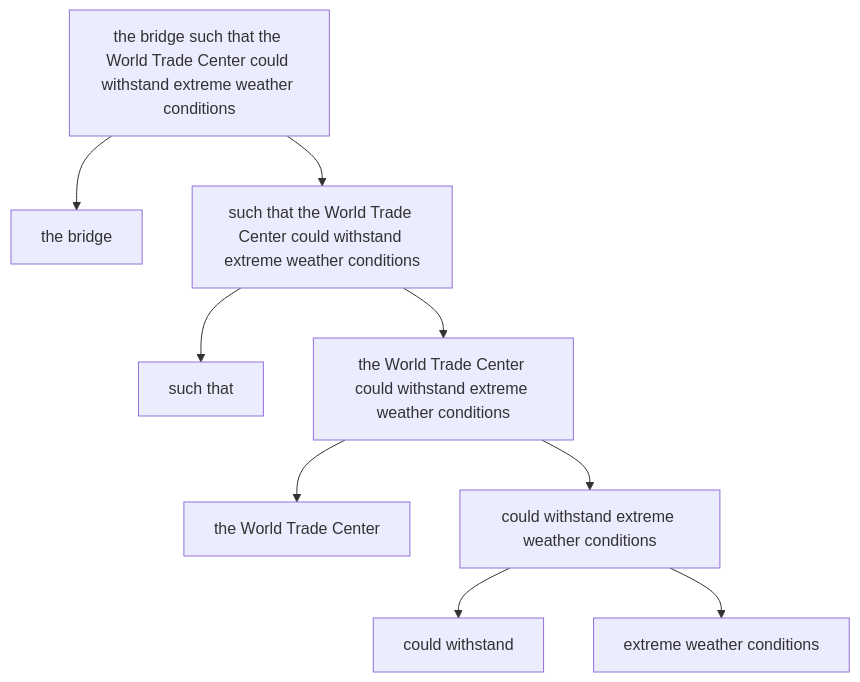
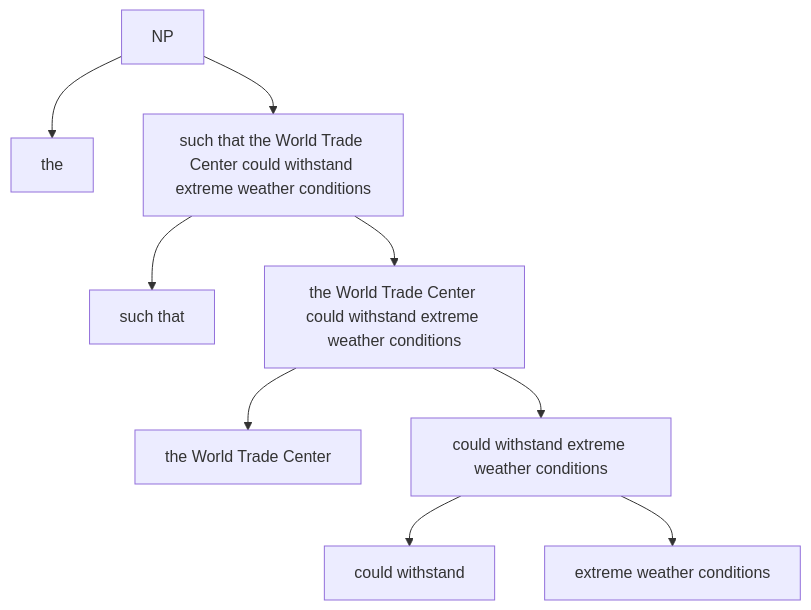
One commit to haozeli-ling/Semantic-Analysis changed the first of 2 diagrams in 11. Binding and abstraction.md. Above: the diagram before and after it, drawn with Mermaid.

Commit message:
Update 11. Binding and abstraction.md

````diff
--- a/11. Binding and abstraction.md
+++ b/11. Binding and abstraction.md
@@ -25,12 +25,12 @@
 ```mermaid
 graph TD
-    A[the bridge such that the World Trade Center could withstand extreme weather conditions]
-    A --> B[the bridge]
+    A[NP]
+    A --> B[the]
     A --> C[such that the World Trade Center could withstand extreme weather conditions]
     C --> D[such that]
     C --> E[the World Trade Center could withstand extreme weather conditions]
     E --> F[the World Trade Center]
     E --> G[could withstand extreme weather conditions]
     G --> H[could withstand]
     G --> I[extreme weather conditions]
 ``` 
````
